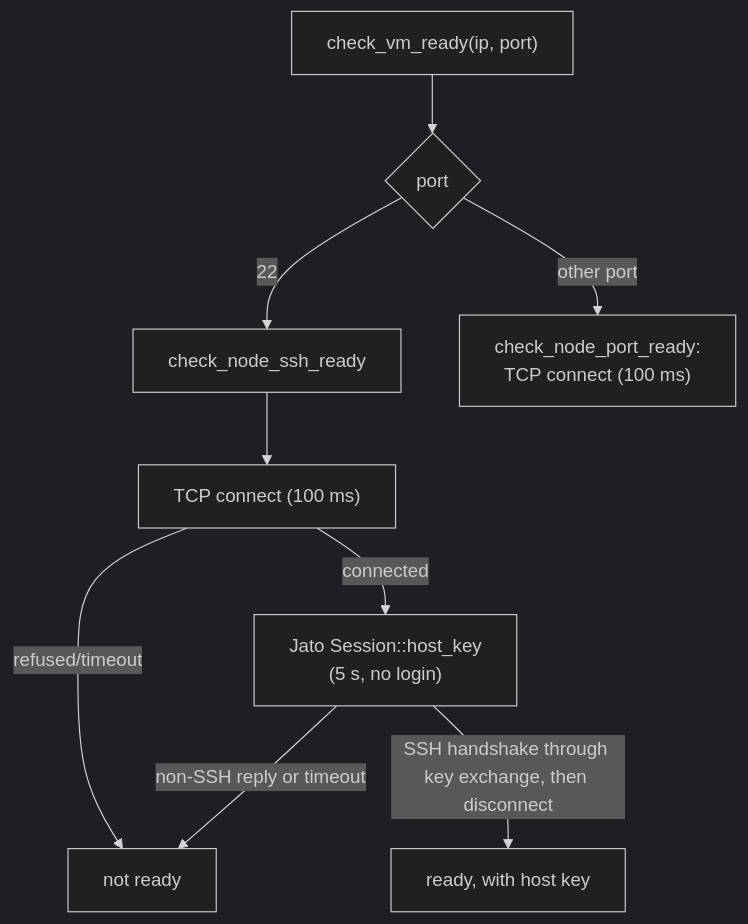
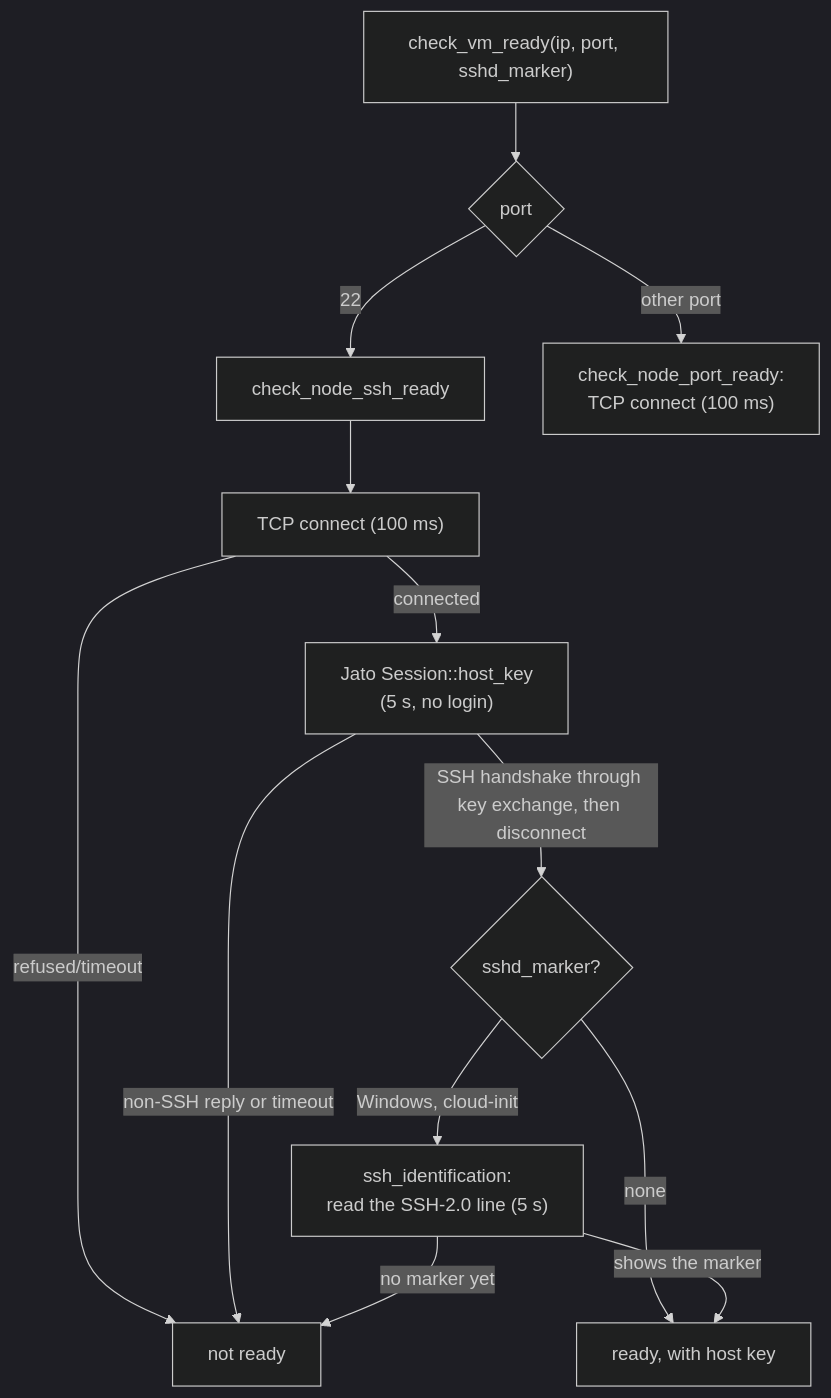
Diagram 22 of 26 in docs/architecture/SERVER.md (bwks/sherpa), drawn with Mermaid (dark theme) before and after one commit. The commit also changed other lines of this file and 5 other files, not shown here.

First line of the commit message:
docs: admins cannot connect to other users' nodes, and Windows readiness waits for Sherpa's sshd config [skip ci]

````diff
--- a/docs/architecture/SERVER.md
+++ b/docs/architecture/SERVER.md
@@ -1383,11 +1415,15 @@
 ```mermaid
 flowchart TB
-    check["check_vm_ready(ip, port)"] --> port{"port"}
+    check["check_vm_ready(ip, port, sshd_marker)"] --> port{"port"}
     port -->|22| ssh["check_node_ssh_ready"]
     ssh --> tcp["TCP connect (100 ms)"]
     tcp -->|"refused/timeout"| notready["not ready"]
     tcp -->|connected| hostkey["Jato Session::host_key<br/>(5 s, no login)"]
-    hostkey -->|"SSH handshake through key exchange, then disconnect"| ready["ready, with host key"]
     hostkey -->|"non-SSH reply or timeout"| notready
+    hostkey -->|"SSH handshake through key exchange, then disconnect"| marker{"sshd_marker?"}
+    marker -->|none| ready["ready, with host key"]
+    marker -->|"Windows, cloud-init"| ident["ssh_identification:<br/>read the SSH-2.0 line (5 s)"]
+    ident -->|"shows the marker"| ready
+    ident -->|"no marker yet"| notready
     port -->|other port| portready["check_node_port_ready:<br/>TCP connect (100 ms)"]
 ```
````
